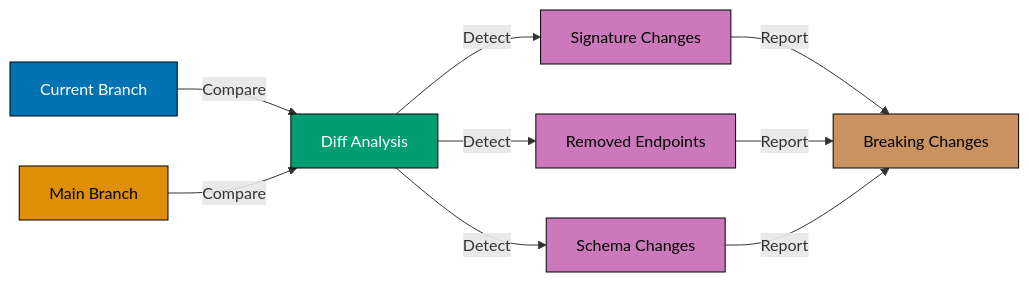
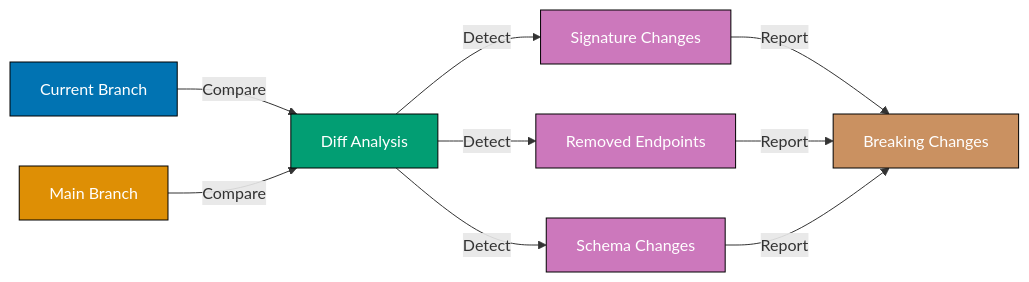
Before and after one commit to wahidyankf/open-sharia-enterprise: the fourth of 10 diagrams in apps/ayokoding-web/content/en/learn/software-engineering/automation-tools/claude-code/by-example/advanced.md, drawn with Mermaid. The commit also changed other lines of this file and 61 other files, not shown here.

First line of the commit message:
fix(ayokoding-web): quote Mermaid node labels with special characters in Example 63

````diff
--- a/apps/ayokoding-web/content/en/learn/software-engineering/automation-tools/claude-code/by-example/advanced.md
+++ b/apps/ayokoding-web/content/en/learn/software-engineering/automation-tools/claude-code/by-example/advanced.md
@@ -357,19 +357,19 @@
 ```mermaid
 graph LR
     A[Current Branch] -->|Compare| C[Diff Analysis]
     B[Main Branch] -->|Compare| C
     C -->|Detect| D[Signature Changes]
     C -->|Detect| E[Removed Endpoints]
     C -->|Detect| F[Schema Changes]
     D -->|Report| G[Breaking Changes]
     E -->|Report| G
     F -->|Report| G
 
     style A fill:#0173B2,stroke:#000,color:#fff
-    style B fill:#DE8F05,stroke:#000,color:#000
+    style B fill:#DE8F05,stroke:#000,color:#fff
     style C fill:#029E73,stroke:#000,color:#fff
-    style D fill:#CC78BC,stroke:#000,color:#000
-    style E fill:#CC78BC,stroke:#000,color:#000
-    style F fill:#CC78BC,stroke:#000,color:#000
-    style G fill:#CA9161,stroke:#000,color:#000
+    style D fill:#CC78BC,stroke:#000,color:#fff
+    style E fill:#CC78BC,stroke:#000,color:#fff
+    style F fill:#CC78BC,stroke:#000,color:#fff
+    style G fill:#CA9161,stroke:#000,color:#fff
 ```
````
